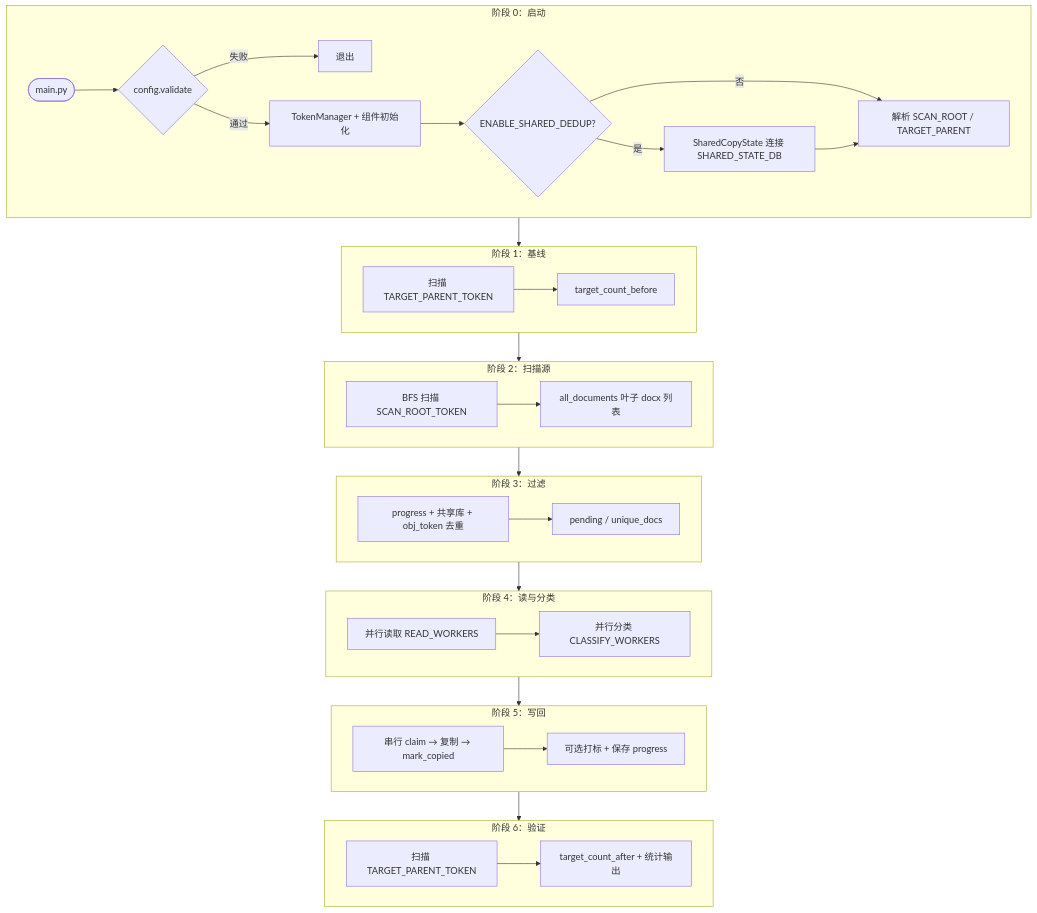
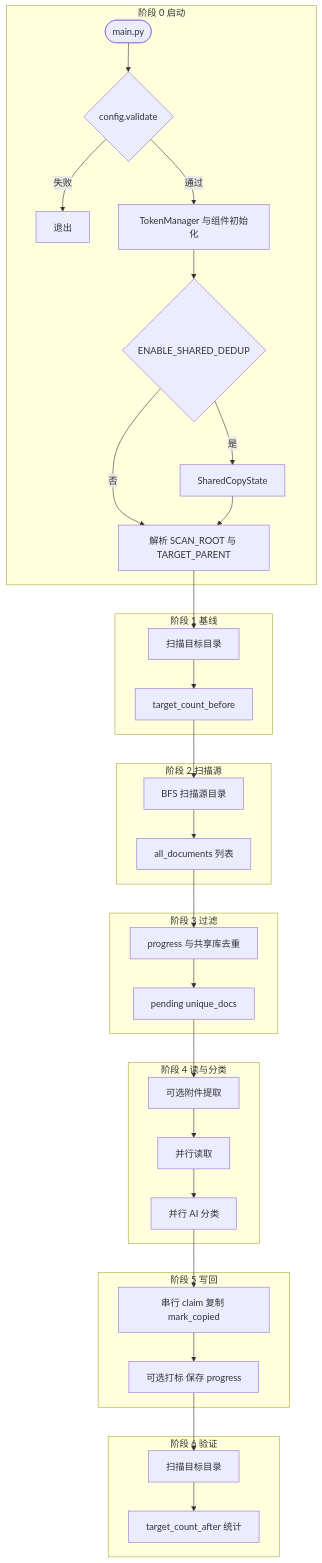
One commit to Leonard49/AI_DocClassifier changed the first of 11 diagrams in docs/AI_DocClassifier说明文档.md. Above: the diagram before and after it, drawn with Mermaid. The commit also changed other lines of this file and 1 other file, not shown here.

First line of the commit message:
Fix Mermaid flowcharts in docs and enable preview in workspace settings.

````diff
--- a/docs/AI_DocClassifier说明文档.md
+++ b/docs/AI_DocClassifier说明文档.md
@@ -513,38 +523,44 @@
 ```mermaid
 flowchart TB
-    subgraph P0["阶段 0：启动"]
+    subgraph P0["阶段 0 启动"]
         A0([main.py]) --> A1{config.validate}
         A1 -->|失败| A1E[退出]
-        A1 -->|通过| A2[TokenManager + 组件初始化]
-        A2 --> A3{ENABLE_SHARED_DEDUP?}
-        A3 -->|是| A4[SharedCopyState 连接 SHARED_STATE_DB]
+        A1 -->|通过| A2[TokenManager 与组件初始化]
+        A2 --> A3{ENABLE_SHARED_DEDUP}
+        A3 -->|是| A4[SharedCopyState]
         A3 -->|否| A5
-        A4 --> A5[解析 SCAN_ROOT / TARGET_PARENT]
+        A4 --> A5[解析 SCAN_ROOT 与 TARGET_PARENT]
     end
 
-    subgraph P1["阶段 1：基线"]
-        B1[扫描 TARGET_PARENT_TOKEN] --> B2[target_count_before]
+    subgraph P1["阶段 1 基线"]
+        B1[扫描目标目录] --> B2[target_count_before]
     end
 
-    subgraph P2["阶段 2：扫描源"]
-        C1[BFS 扫描 SCAN_ROOT_TOKEN] --> C2[all_documents 叶子 docx 列表]
+    subgraph P2["阶段 2 扫描源"]
+        C1[BFS 扫描源目录] --> C2[all_documents 列表]
     end
 
-    subgraph P3["阶段 3：过滤"]
-        D1[progress + 共享库 + obj_token 去重] --> D2[pending / unique_docs]
+    subgraph P3["阶段 3 过滤"]
+        D1[progress 与共享库去重] --> D2[pending unique_docs]
     end
 
-    subgraph P4["阶段 4：读与分类"]
-        E1[并行读取 READ_WORKERS] --> E2[并行分类 CLASSIFY_WORKERS]
+    subgraph P4["阶段 4 读与分类"]
+        D2A[可选附件提取] --> E1[并行读取]
+        E1 --> E2[并行 AI 分类]
     end
 
-    subgraph P5["阶段 5：写回"]
-        F1[串行 claim → 复制 → mark_copied] --> F2[可选打标 + 保存 progress]
+    subgraph P5["阶段 5 写回"]
+        F1[串行 claim 复制 mark_copied] --> F2[可选打标 保存 progress]
     end
 
-    subgraph P6["阶段 6：验证"]
-        G1[扫描 TARGET_PARENT_TOKEN] --> G2[target_count_after + 统计输出]
+    subgraph P6["阶段 6 验证"]
+        G1[扫描目标目录] --> G2[target_count_after 统计]
     end
 
-    P0 --> P1 --> P2 --> P3 --> P4 --> P5 --> P6
+    A5 --> B1
+    B2 --> C1
+    C2 --> D1
+    D2 --> D2A
+    E2 --> F1
+    F2 --> G1
 ```
````
